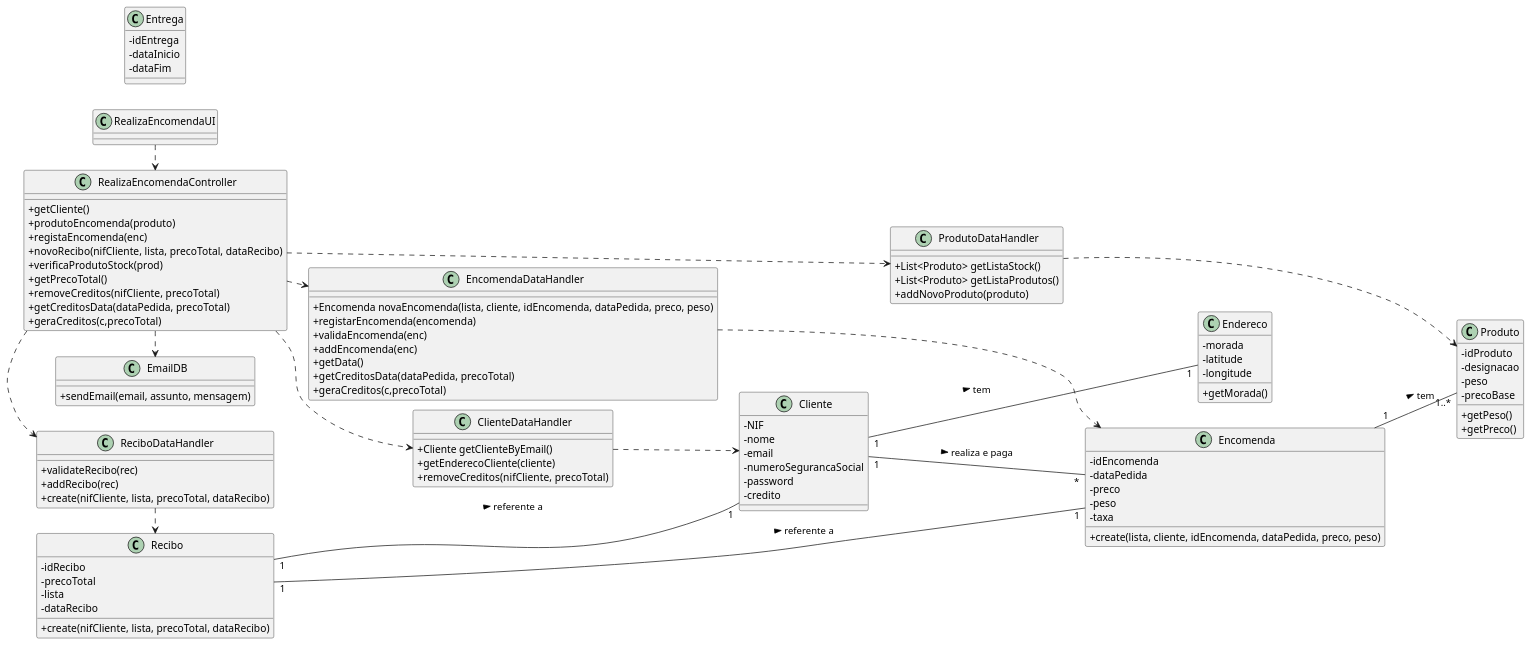
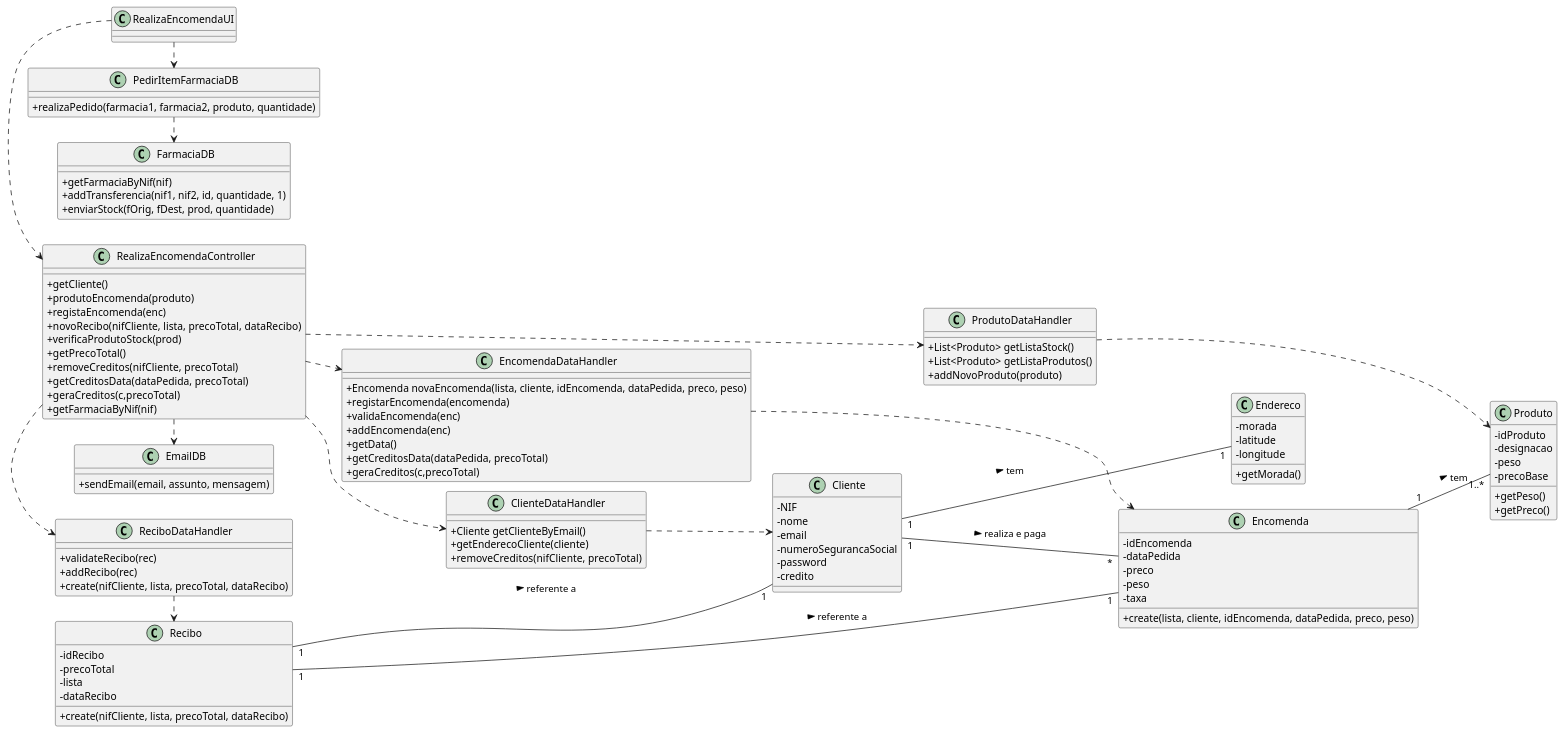
Before and after one commit to pedrolemos4/LAPR3: the diagram in docs/UC25/CD.puml, drawn with PlantUML. The commit also changed 3 other files, not shown here.

```diff
--- a/docs/UC25/CD.puml
+++ b/docs/UC25/CD.puml
@@ -1,120 +1,130 @@
 @startuml
 skinparam classAttributeIconSize 0
 left to right direction
 
 
 class RealizaEncomendaUI {
     
 }
 
 class RealizaEncomendaController {
     +getCliente()
     +produtoEncomenda(produto)
     +registaEncomenda(enc)
     +novoRecibo(nifCliente, lista, precoTotal, dataRecibo)
     +verificaProdutoStock(prod)
     +getPrecoTotal()
     +removeCreditos(nifCliente, precoTotal)
     +getCreditosData(dataPedida, precoTotal)
     +geraCreditos(c,precoTotal)
+    +getFarmaciaByNif(nif)
 }
 
 class ClienteDataHandler {
     +Cliente getClienteByEmail()
     +getEnderecoCliente(cliente)
     +removeCreditos(nifCliente, precoTotal)
 }
 
 class EmailDB {
     +sendEmail(email, assunto, mensagem)
 }
 
 class ReciboDataHandler {
     +validateRecibo(rec)
     +addRecibo(rec)
     +create(nifCliente, lista, precoTotal, dataRecibo)
 }
 
 class ProdutoDataHandler {
     +List<Produto> getListaStock()
     +List<Produto> getListaProdutos()
     +addNovoProduto(produto)
 }
 
 class EncomendaDataHandler {
     +Encomenda novaEncomenda(lista, cliente, idEncomenda, dataPedida, preco, peso)
     +registarEncomenda(encomenda)
     +validaEncomenda(enc)
     +addEncomenda(enc)
     +getData()
     +getCreditosData(dataPedida, precoTotal)
     +geraCreditos(c,precoTotal)
 }
 
-class Entrega {
-  -idEntrega
-  -dataInicio
-  -dataFim
+class FarmaciaDB {
+    +getFarmaciaByNif(nif)
+    +addTransferencia(nif1, nif2, id, quantidade, 1)
+    +enviarStock(fOrig, fDest, prod, quantidade)
+}
+
+class PedirItemFarmaciaDB {
+    +realizaPedido(farmacia1, farmacia2, produto, quantidade)
 }
 
 class Recibo {
   -idRecibo
   -precoTotal
   -lista
   -dataRecibo
   +create(nifCliente, lista, precoTotal, dataRecibo)
 }
 
 class Encomenda {
   -idEncomenda
   -dataPedida
   -preco
   -peso
   -taxa
   +create(lista, cliente, idEncomenda, dataPedida, preco, peso)
 }
 
 class Produto {
     -idProduto
     -designacao
     -peso
     -precoBase
     +getPeso()
     +getPreco()
 }
 
 class Endereco {
   -morada
   -latitude
   -longitude
   +getMorada()
 }
 
 class Cliente {
   -NIF
   -nome
   -email
   -numeroSegurancaSocial
   -password
   -credito
 }
 
 RealizaEncomendaUI .> RealizaEncomendaController
+
 RealizaEncomendaController .> ClienteDataHandler
 RealizaEncomendaController .> ProdutoDataHandler
 RealizaEncomendaController .> EncomendaDataHandler
 RealizaEncomendaController .> ReciboDataHandler
 RealizaEncomendaController .> EmailDB
+
+RealizaEncomendaUI .> PedirItemFarmaciaDB
+
+PedirItemFarmaciaDB .> FarmaciaDB
 
 ClienteDataHandler .> Cliente
 ProdutoDataHandler .> Produto
 EncomendaDataHandler .> Encomenda
 ReciboDataHandler .> Recibo
 
 Recibo "1" -- "1" Encomenda: referente a >
 Recibo "1" -- "1" Cliente: referente a >
 Cliente "1" -- "*" Encomenda: realiza e paga >
 Encomenda "1" -- "1..*" Produto: tem >
 Cliente "1" -- "1" Endereco: tem >
 
 @enduml
```
